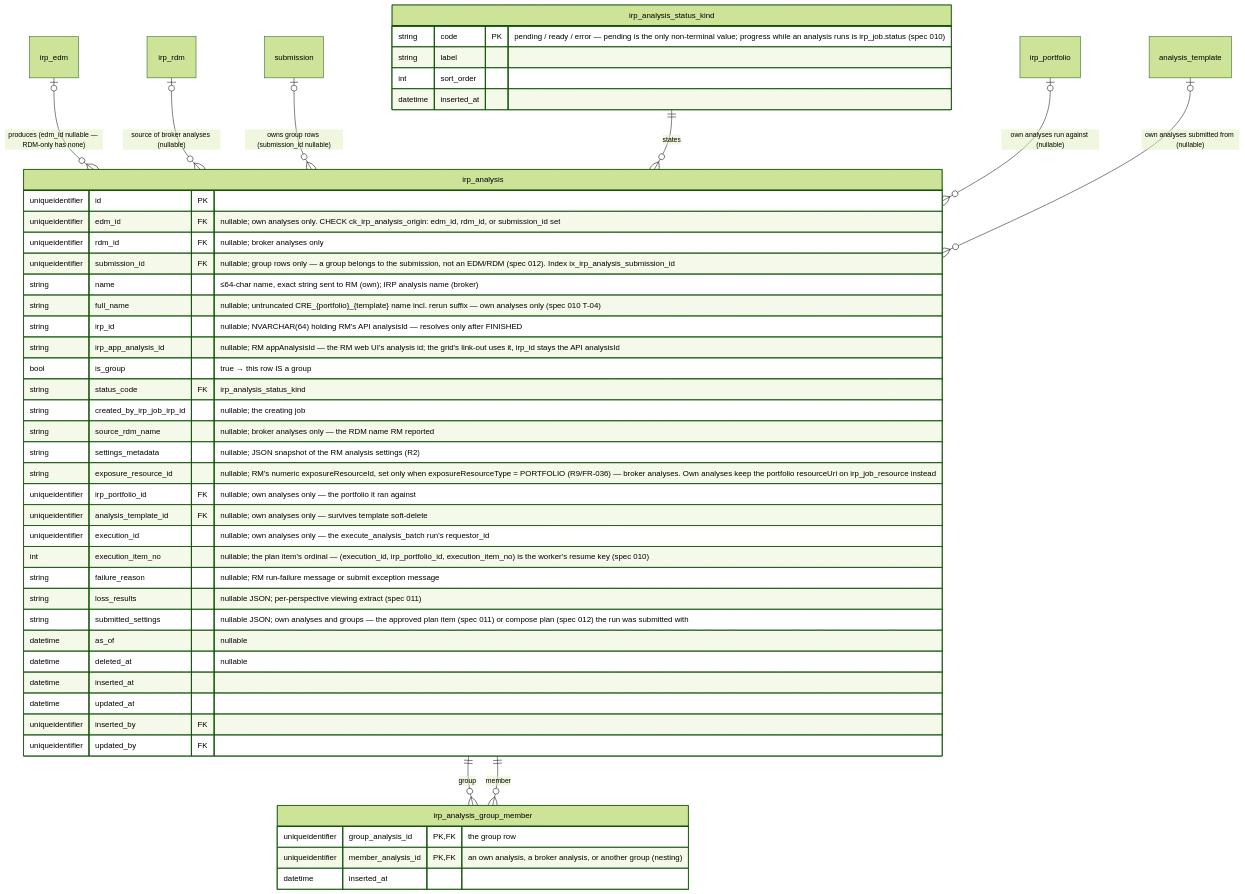
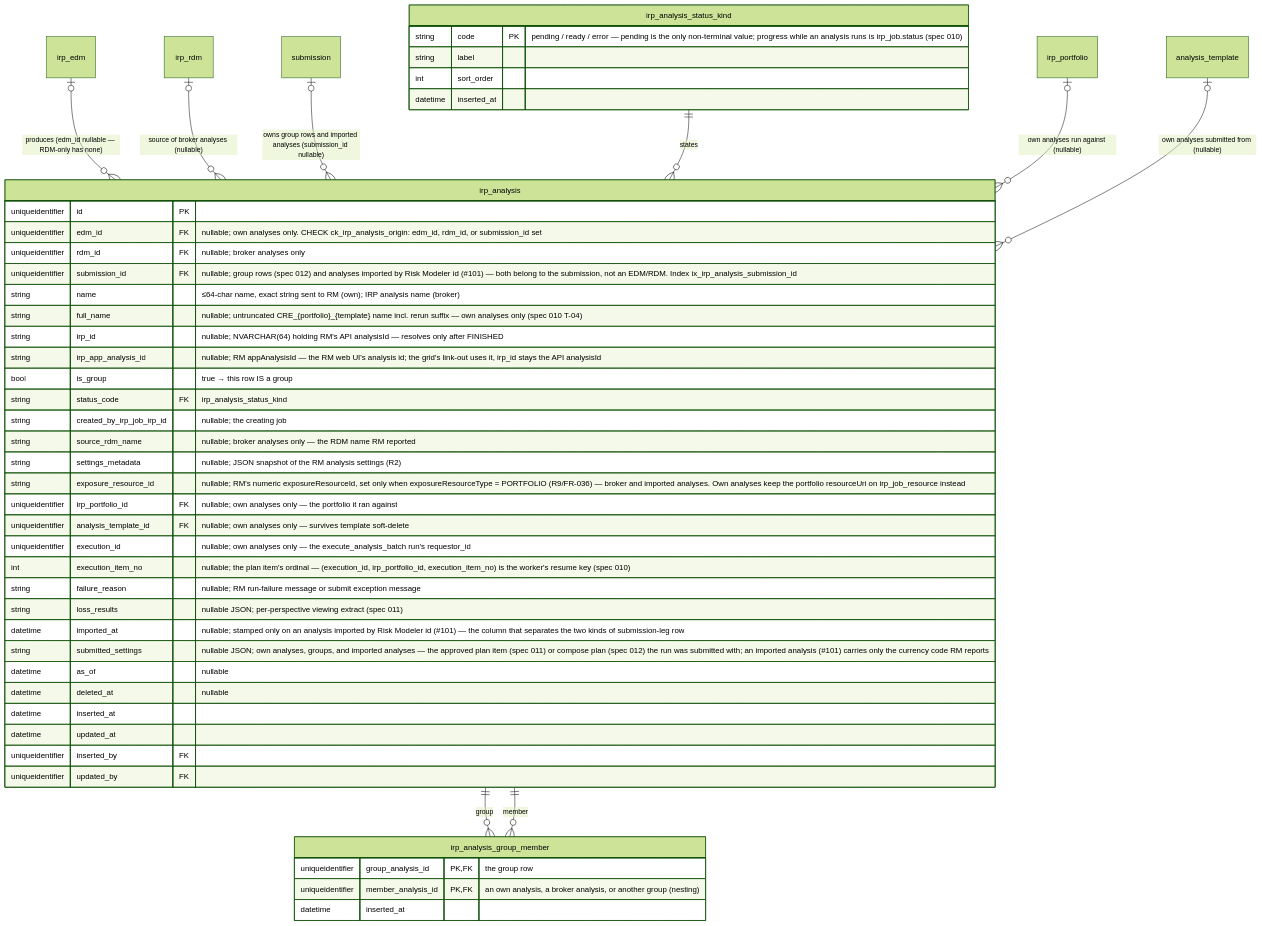
The fourth of 9 diagrams in docs/DATA_MODEL.md (anilvenugopal/risk-workbench), drawn with Mermaid (forest theme) before and after one commit. The commit also changed other lines of this file and 4 other files, not shown here.

````diff
--- a/docs/DATA_MODEL.md
+++ b/docs/DATA_MODEL.md
@@ -293,53 +293,54 @@
 ```mermaid
 erDiagram
   irp_edm |o--o{ irp_analysis : "produces (edm_id nullable — RDM-only has none)"
   irp_rdm |o--o{ irp_analysis : "source of broker analyses (nullable)"
-  submission |o--o{ irp_analysis : "owns group rows (submission_id nullable)"
+  submission |o--o{ irp_analysis : "owns group rows and imported analyses (submission_id nullable)"
   irp_analysis ||--o{ irp_analysis_group_member : "group"
   irp_analysis ||--o{ irp_analysis_group_member : "member"
   irp_analysis_status_kind ||--o{ irp_analysis : states
 
   irp_portfolio |o--o{ irp_analysis : "own analyses run against (nullable)"
   analysis_template |o--o{ irp_analysis : "own analyses submitted from (nullable)"
 
   irp_analysis {
     uniqueidentifier id PK
     uniqueidentifier edm_id FK "nullable; own analyses only. CHECK ck_irp_analysis_origin: edm_id, rdm_id, or submission_id set"
     uniqueidentifier rdm_id FK "nullable; broker analyses only"
-    uniqueidentifier submission_id FK "nullable; group rows only — a group belongs to the submission, not an EDM/RDM (spec 012). Index ix_irp_analysis_submission_id"
+    uniqueidentifier submission_id FK "nullable; group rows (spec 012) and analyses imported by Risk Modeler id (#101) — both belong to the submission, not an EDM/RDM. Index ix_irp_analysis_submission_id"
     string name "≤64-char name, exact string sent to RM (own); IRP analysis name (broker)"
     string full_name "nullable; untruncated CRE_{portfolio}_{template} name incl. rerun suffix — own analyses only (spec 010 T-04)"
     string irp_id "nullable; NVARCHAR(64) holding RM's API analysisId — resolves only after FINISHED"
     string irp_app_analysis_id "nullable; RM appAnalysisId — the RM web UI's analysis id; the grid's link-out uses it, irp_id stays the API analysisId"
     bool is_group "true → this row IS a group"
     string status_code FK "irp_analysis_status_kind"
     string created_by_irp_job_irp_id "nullable; the creating job"
     string source_rdm_name "nullable; broker analyses only — the RDM name RM reported"
     string settings_metadata "nullable; JSON snapshot of the RM analysis settings (R2)"
-    string exposure_resource_id "nullable; RM's numeric exposureResourceId, set only when exposureResourceType = PORTFOLIO (R9/FR-036) — broker analyses. Own analyses keep the portfolio resourceUri on irp_job_resource instead"
+    string exposure_resource_id "nullable; RM's numeric exposureResourceId, set only when exposureResourceType = PORTFOLIO (R9/FR-036) — broker and imported analyses. Own analyses keep the portfolio resourceUri on irp_job_resource instead"
     uniqueidentifier irp_portfolio_id FK "nullable; own analyses only — the portfolio it ran against"
     uniqueidentifier analysis_template_id FK "nullable; own analyses only — survives template soft-delete"
     uniqueidentifier execution_id "nullable; own analyses only — the execute_analysis_batch run's requestor_id"
     int execution_item_no "nullable; the plan item's ordinal — (execution_id, irp_portfolio_id, execution_item_no) is the worker's resume key (spec 010)"
     string failure_reason "nullable; RM run-failure message or submit exception message"
     string loss_results "nullable JSON; per-perspective viewing extract (spec 011)"
-    string submitted_settings "nullable JSON; own analyses and groups — the approved plan item (spec 011) or compose plan (spec 012) the run was submitted with"
+    datetime imported_at "nullable; stamped only on an analysis imported by Risk Modeler id (#101) — the column that separates the two kinds of submission-leg row"
+    string submitted_settings "nullable JSON; own analyses, groups, and imported analyses — the approved plan item (spec 011) or compose plan (spec 012) the run was submitted with; an imported analysis (#101) carries only the currency code RM reports"
     datetime as_of "nullable"
     datetime deleted_at "nullable"
     datetime inserted_at
     datetime updated_at
     uniqueidentifier inserted_by FK
     uniqueidentifier updated_by FK
   }
   irp_analysis_status_kind {
     string code PK "pending / ready / error — pending is the only non-terminal value; progress while an analysis runs is irp_job.status (spec 010)"
     string label
     int sort_order
     datetime inserted_at
   }
   irp_analysis_group_member {
     uniqueidentifier group_analysis_id PK,FK "the group row"
     uniqueidentifier member_analysis_id PK,FK "an own analysis, a broker analysis, or another group (nesting)"
     datetime inserted_at
   }
 ```
````
